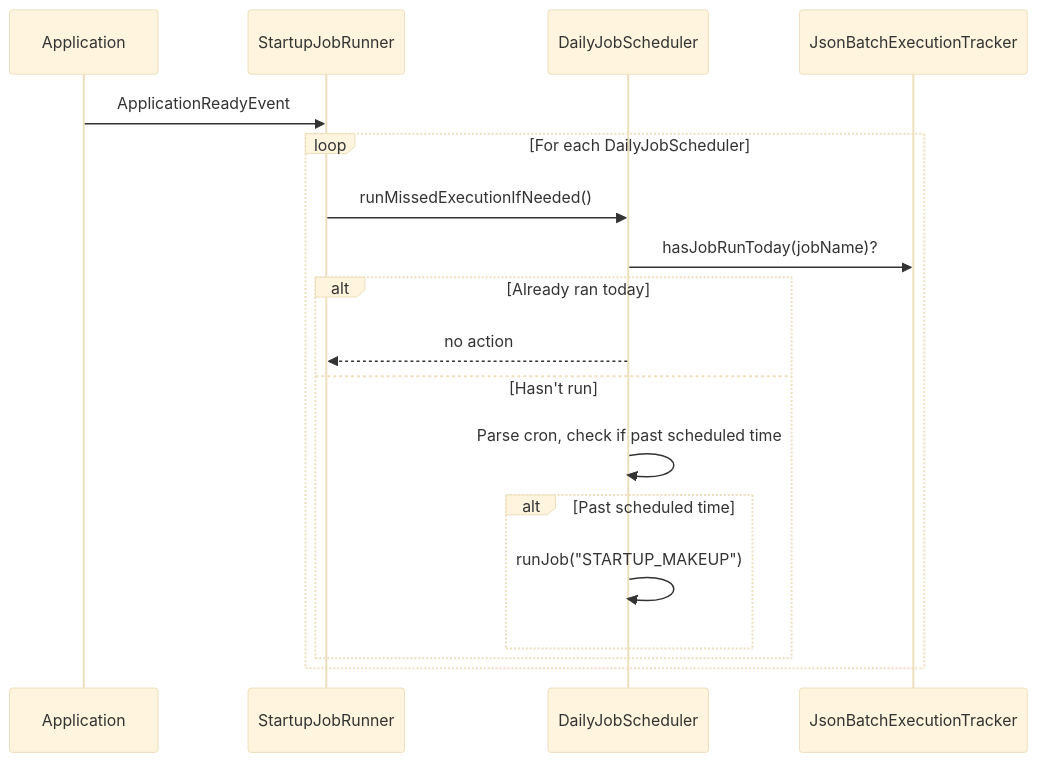
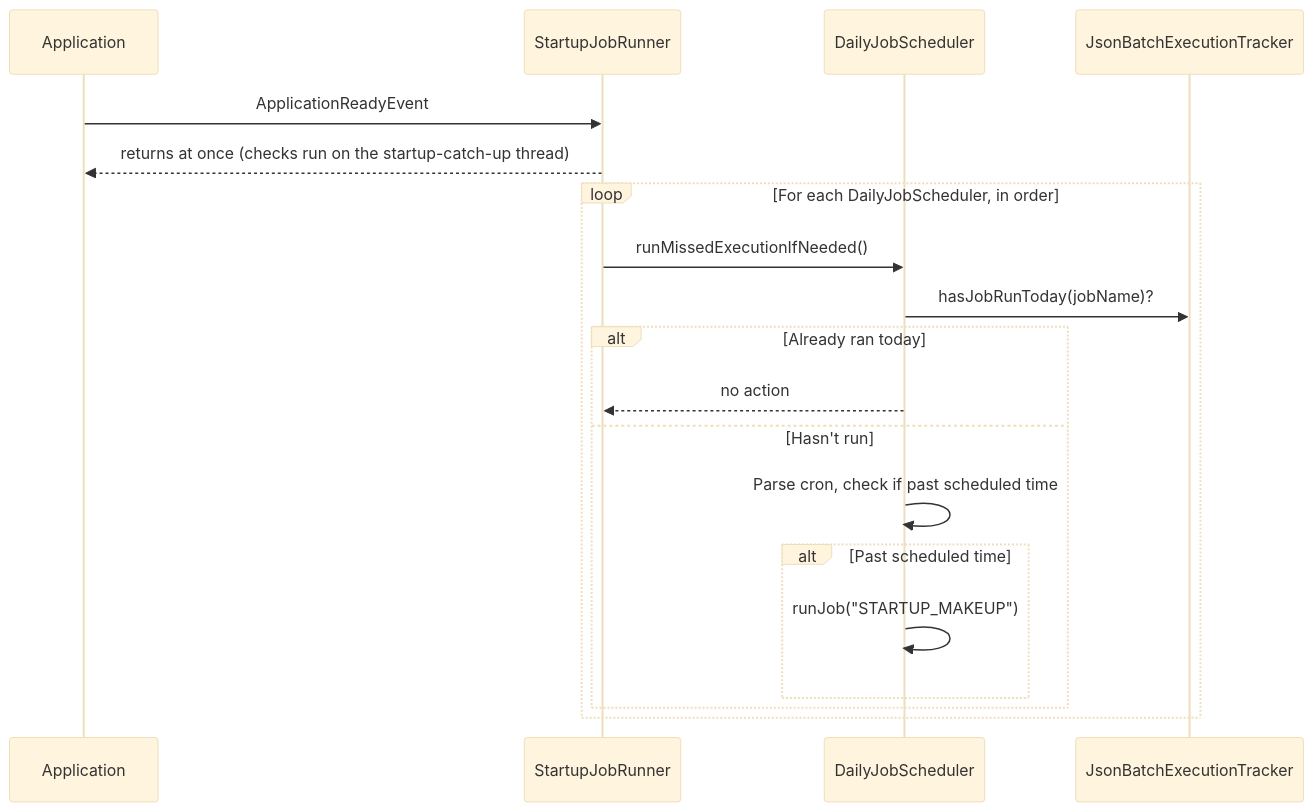
The second of 2 diagrams in docs/design/batch-jobs.md (KKDad/ComicCacher), drawn with Mermaid (base theme) before and after one commit. The commit also changed other lines of this file and 5 other files, not shown here.

First line of the commit message:
Run startup catch-up jobs in the background

````diff
--- a/docs/design/batch-jobs.md
+++ b/docs/design/batch-jobs.md
@@ -251,21 +251,22 @@
 ```mermaid
 sequenceDiagram
     participant App as Application
     participant SJR as StartupJobRunner
     participant DJS as DailyJobScheduler
     participant JBET as JsonBatchExecutionTracker
 
     App->>SJR: ApplicationReadyEvent
-    loop For each DailyJobScheduler
+    SJR-->>App: returns at once (checks run on the startup-catch-up thread)
+    loop For each DailyJobScheduler, in order
         SJR->>DJS: runMissedExecutionIfNeeded()
         DJS->>JBET: hasJobRunToday(jobName)?
         alt Already ran today
             DJS-->>SJR: no action
         else Hasn't run
             DJS->>DJS: Parse cron, check if past scheduled time
             alt Past scheduled time
                 DJS->>DJS: runJob("STARTUP_MAKEUP")
             end
         end
     end
 ```
````
